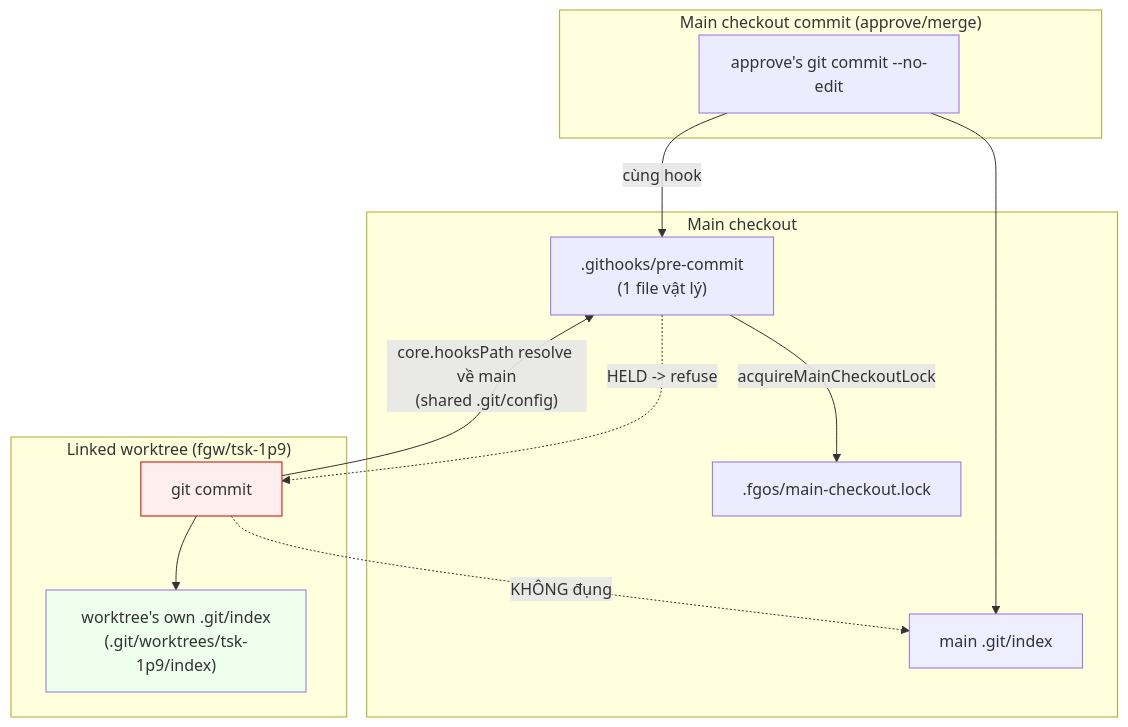
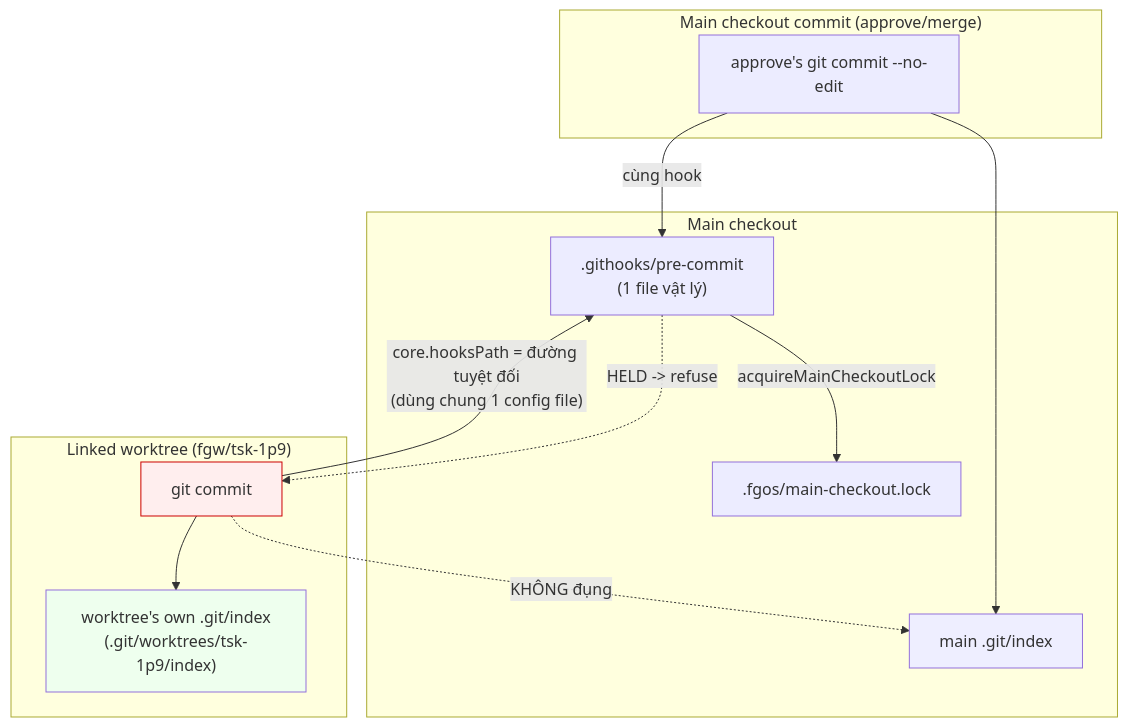
The diagram in docs/history/main-checkout-lock-worktree-commit-scope/DISCUSSION.md (vantt/forgent), drawn with Mermaid before and after one commit. The commit also changed other lines of this file and 1 other file, not shown here.

````diff
--- a/docs/history/main-checkout-lock-worktree-commit-scope/DISCUSSION.md
+++ b/docs/history/main-checkout-lock-worktree-commit-scope/DISCUSSION.md
@@ -70,27 +94,27 @@
 ```mermaid
 flowchart TD
     subgraph Main["Main checkout"]
         H[".githooks/pre-commit\n(1 file vật lý)"]
         L[".fgos/main-checkout.lock"]
         MI["main .git/index"]
     end
     subgraph WT["Linked worktree (fgw/tsk-1p9)"]
         WC["git commit"]
         WI["worktree's own .git/index\n(.git/worktrees/tsk-1p9/index)"]
     end
     subgraph WT2["Main checkout commit (approve/merge)"]
         MC["approve's git commit --no-edit"]
     end
 
-    WC -- "core.hooksPath resolve về main\n(shared .git/config)" --> H
+    WC -- "core.hooksPath = đường tuyệt đối\n(dùng chung 1 config file)" --> H
     MC -- "cùng hook" --> H
     H -- "acquireMainCheckoutLock" --> L
     H -. "HELD -> refuse" .-> WC
     MC --> MI
     WC -.->|"KHÔNG đụng"| MI
     WC --> WI
 
     style WC fill:#fee,stroke:#c00
     style MI fill:#eef
     style WI fill:#efe
 ```
````
